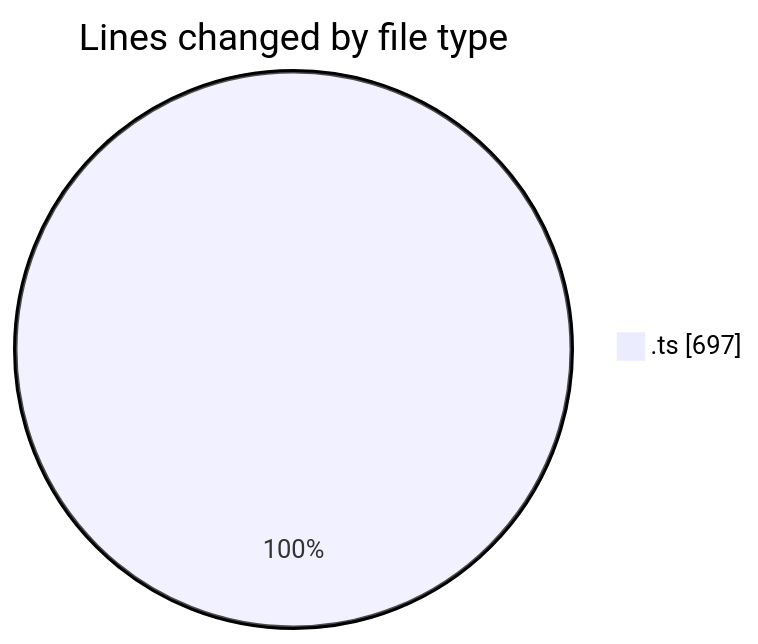
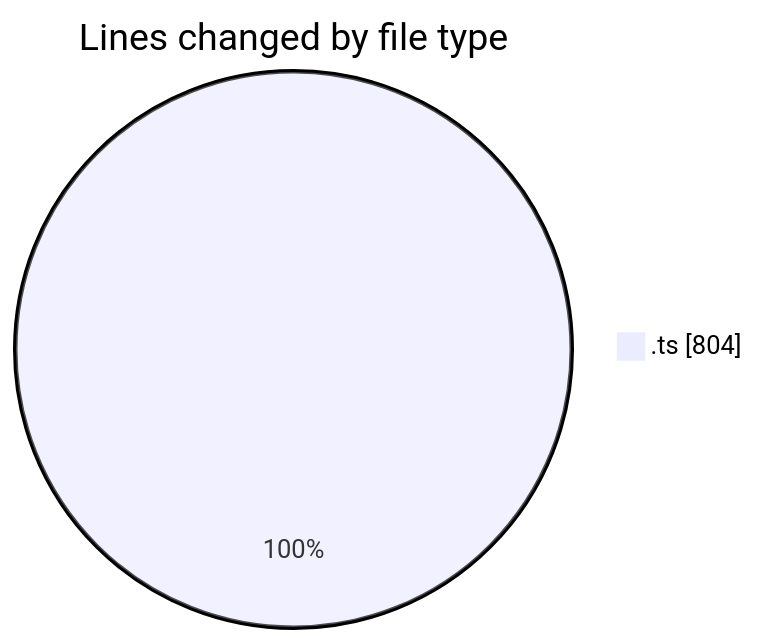
The first of 2 diagrams in 2025-03-13/lumine-web/README.md (robertbonfada/code-tracking), drawn with Mermaid before and after one commit. The commit also changed other lines of this file and 1 other file, not shown here.

````diff
--- a/2025-03-13/lumine-web/README.md
+++ b/2025-03-13/lumine-web/README.md
@@ -22,5 +22,5 @@
 ```mermaid
 pie showData
 title Lines changed by file type
-".ts" : 697
+".ts" : 804
 ```
````
